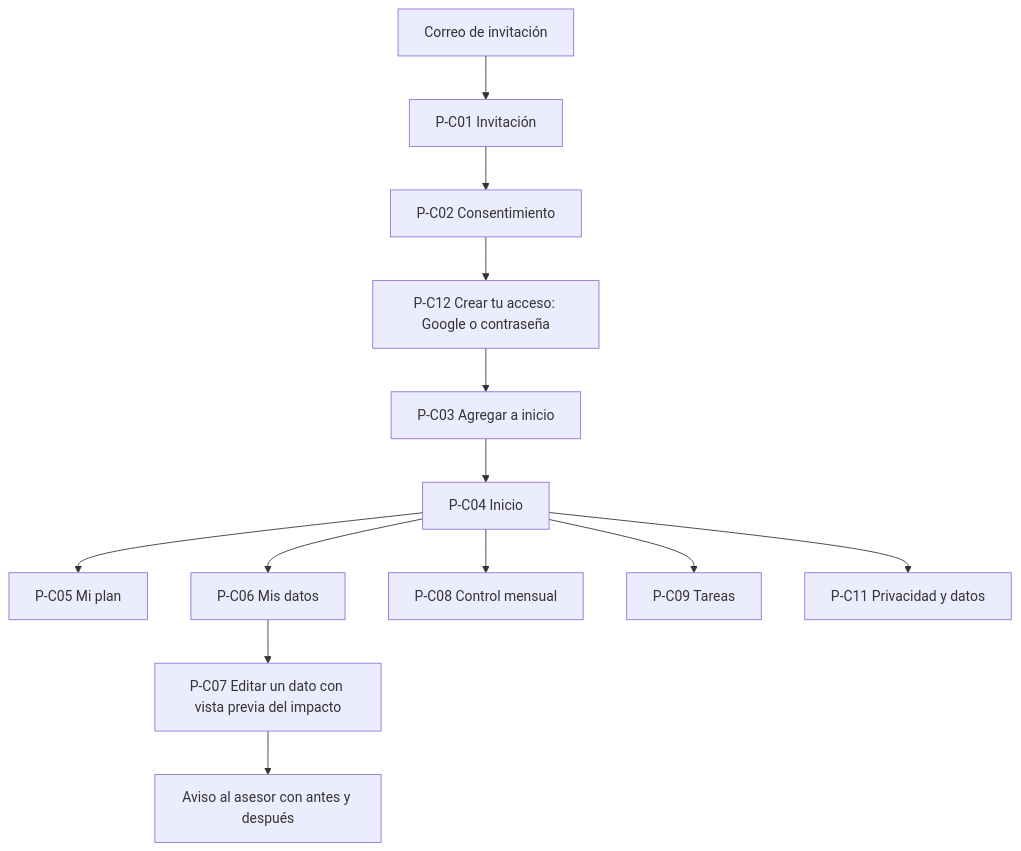
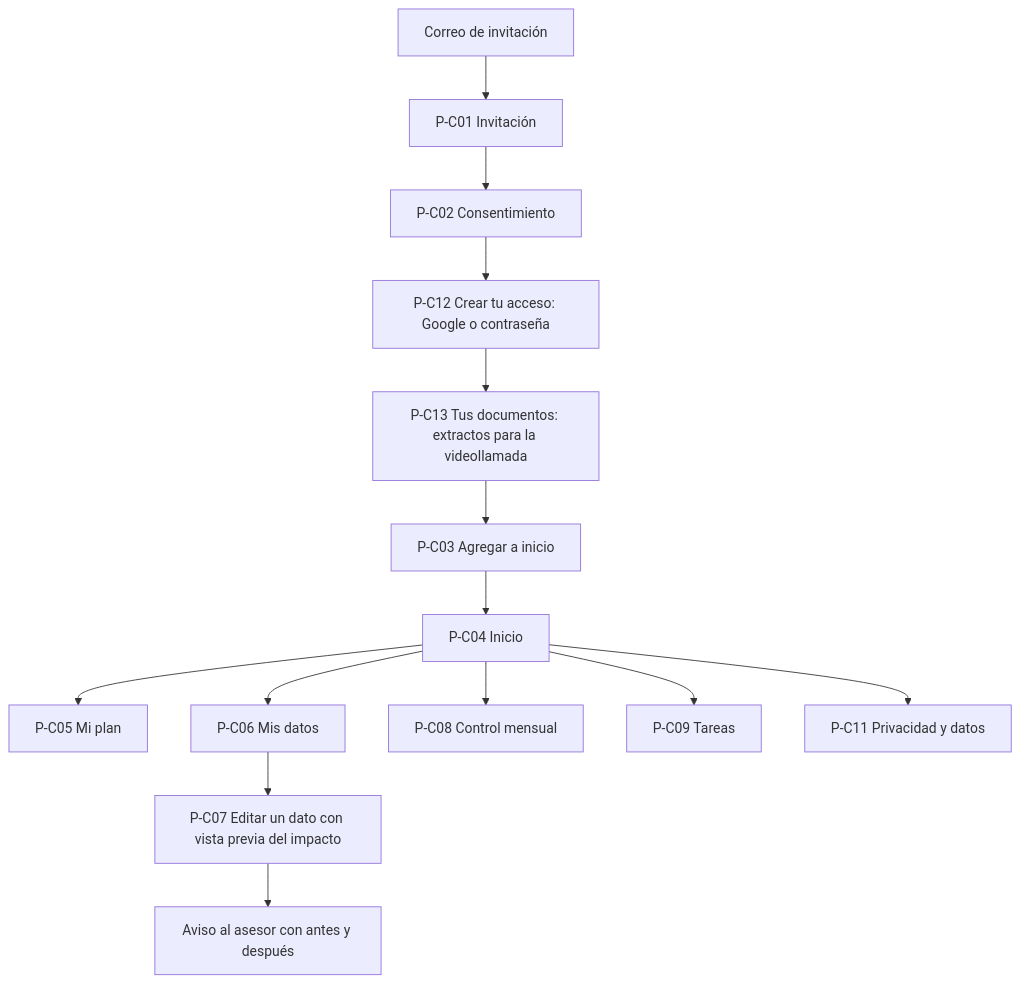
The second of 2 diagrams in docs/05-pantallas-y-flujos.md (IngRetrius/mi-luca), drawn with Mermaid before and after one commit. The commit also changed other lines of this file and 85 other files, not shown here.

````diff
--- a/docs/05-pantallas-y-flujos.md
+++ b/docs/05-pantallas-y-flujos.md
@@ -94,15 +95,16 @@
 ```mermaid
 flowchart TD
   C1[Correo de invitación] --> C2[P-C01 Invitación]
   C2 --> C3[P-C02 Consentimiento]
   C3 --> C4[P-C12 Crear tu acceso: Google o contraseña]
-  C4 --> C5[P-C03 Agregar a inicio]
+  C4 --> C4b[P-C13 Tus documentos: extractos para la videollamada]
+  C4b --> C5[P-C03 Agregar a inicio]
   C5 --> C6[P-C04 Inicio]
   C6 --> C7[P-C05 Mi plan]
   C6 --> C8[P-C06 Mis datos]
   C8 --> C9[P-C07 Editar un dato con vista previa del impacto]
   C9 --> C10[Aviso al asesor con antes y después]
   C6 --> C11[P-C08 Control mensual]
   C6 --> C12[P-C09 Tareas]
   C6 --> C13[P-C11 Privacidad y datos]
 ```
````
